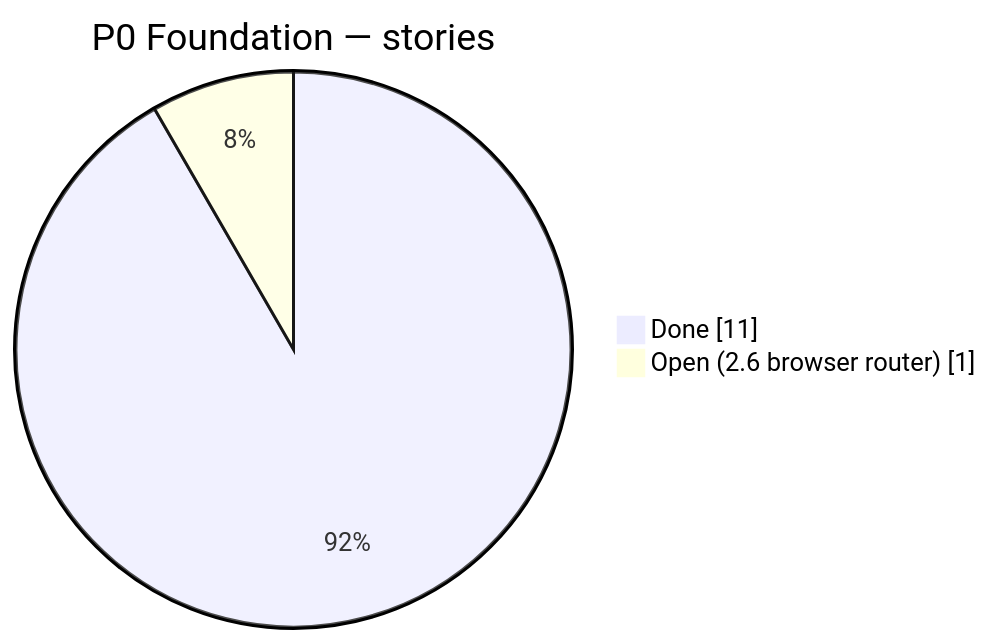
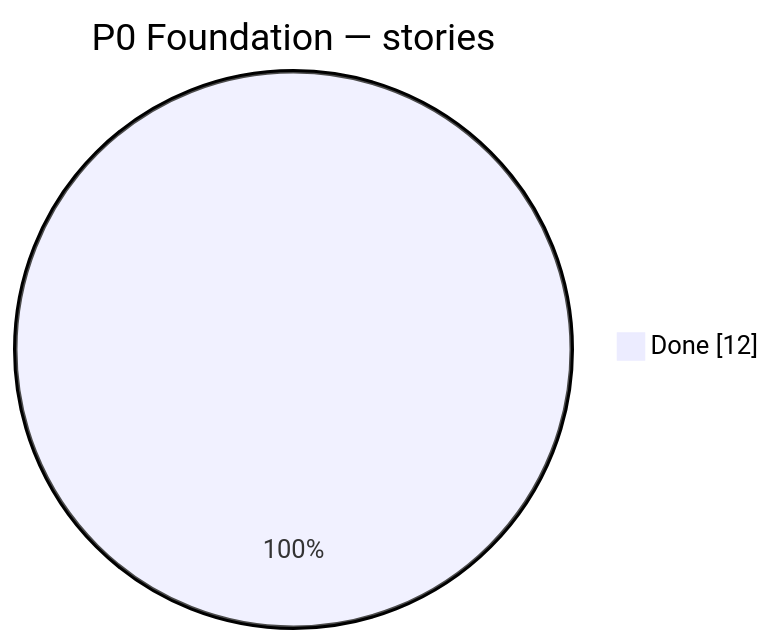
Before and after one commit to Sira-Labs/Suffa: the first of 2 diagrams in docs/plan/roadmap.md, drawn with Mermaid. The commit also changed other lines of this file and 9 other files, not shown here.

````diff
--- a/docs/plan/roadmap.md
+++ b/docs/plan/roadmap.md
@@ -16,6 +16,5 @@
 ```mermaid
 pie showData
   title P0 Foundation — stories
-  "Done" : 11
-  "Open (2.6 browser router)" : 1
+  "Done" : 12
 ```
````
